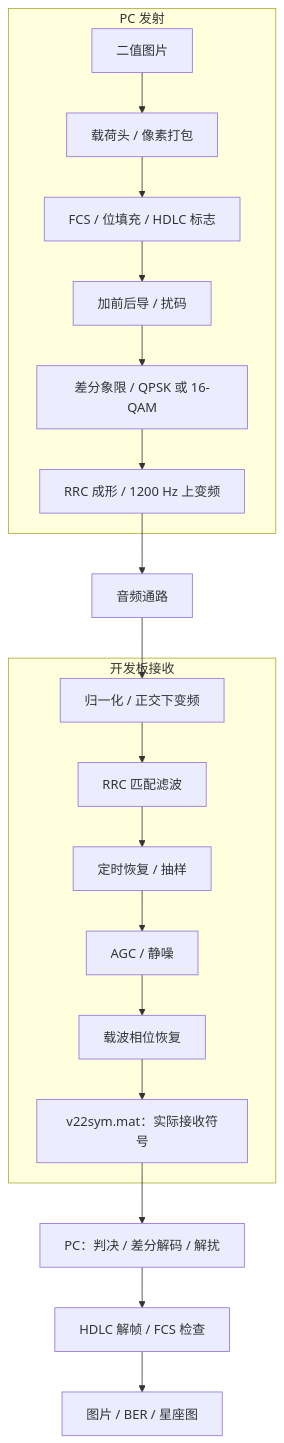
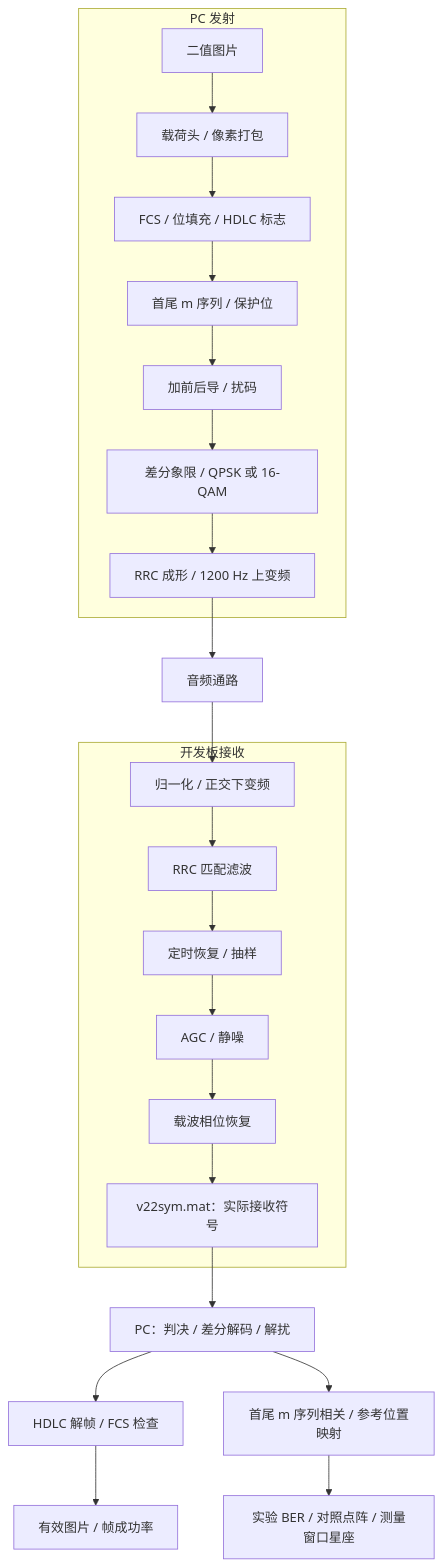
The diagram in documents/实验四_V22bis.md (padhialuo0426/portable-acoustic-sdr), drawn with Mermaid before and after one commit. The commit also changed other lines of this file and 13 other files, not shown here.

````diff
--- a/documents/实验四_V22bis.md
+++ b/documents/实验四_V22bis.md
@@ -15,19 +15,21 @@
 ```mermaid
 flowchart TB
     subgraph TX["PC 发射"]
         image["二值图片"] --> payload["载荷头 / 像素打包"]
         payload --> hdlc["FCS / 位填充 / HDLC 标志"]
-        hdlc --> scramble["加前后导 / 扰码"]
+        hdlc --> marker["首尾 m 序列 / 保护位"]
+        marker --> scramble["加前后导 / 扰码"]
         scramble --> map["差分象限 / QPSK 或 16-QAM"]
         map --> shape["RRC 成形 / 1200 Hz 上变频"]
     end
     shape --> channel["音频通路"]
     subgraph RX["开发板接收"]
         down["归一化 / 正交下变频"] --> rrc["RRC 匹配滤波"]
         rrc --> timing["定时恢复 / 抽样"] --> agc["AGC / 静噪"]
         agc --> carrier["载波相位恢复"] --> symbols["v22sym.mat：实际接收符号"]
     end
     channel --> down
     symbols --> bits["PC：判决 / 差分解码 / 解扰"]
-    bits --> check["HDLC 解帧 / FCS 检查"] --> result["图片 / BER / 星座图"]
+    bits --> check["HDLC 解帧 / FCS 检查"] --> result["有效图片 / 帧成功率"]
+    bits --> sync["首尾 m 序列相关 / 参考位置映射"] --> measure["实验 BER / 对照点阵 / 测量窗口星座"]
 ```
````
